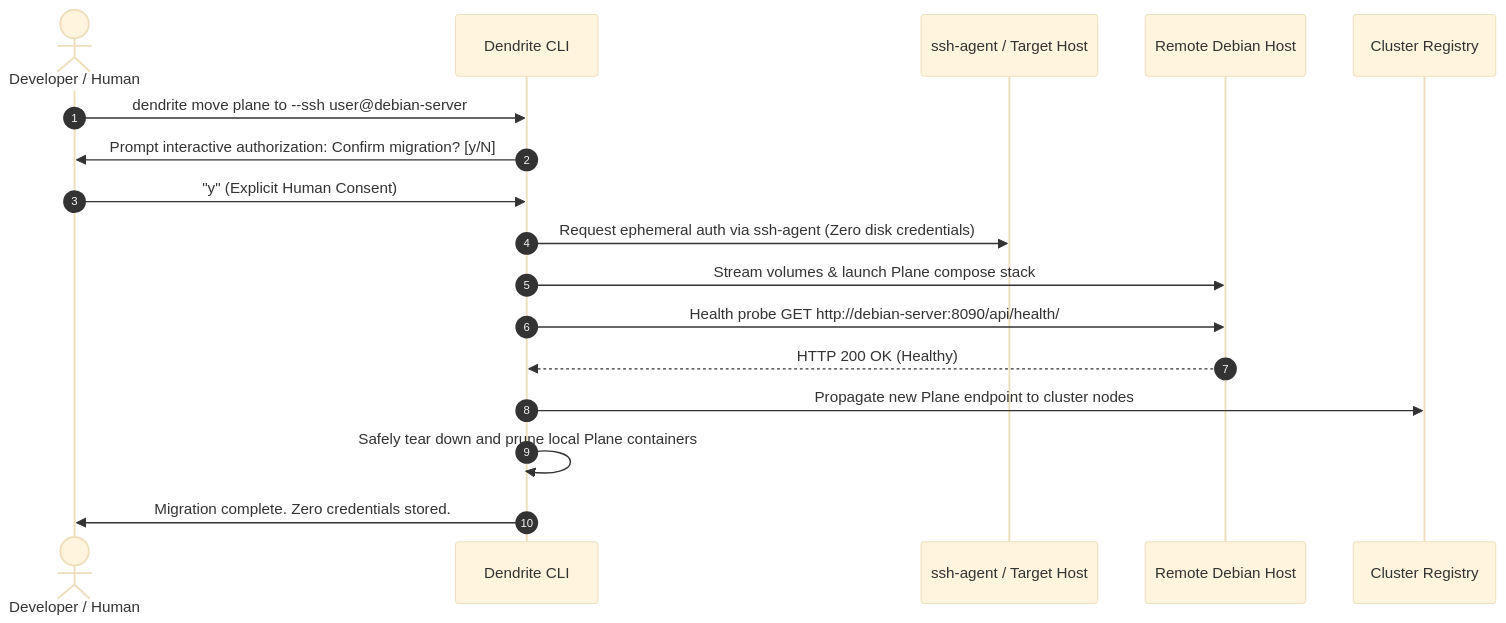
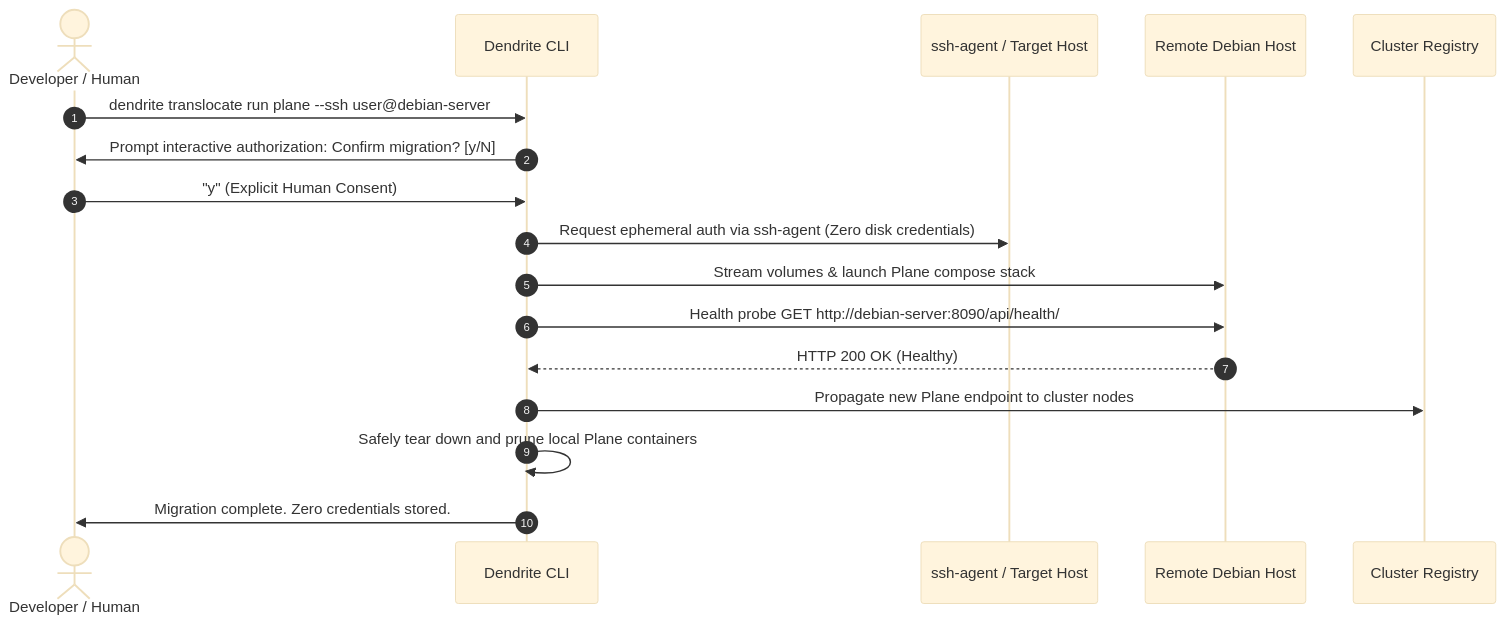
One commit to yasuomaidana/dendrite changed the diagram in docs/features/FEAT-047-infrastructure-orchestration-ssh-penpot.md. Above: the diagram before and after it, drawn with Mermaid (base theme). The commit also changed other lines of this file and 61 other files, not shown here.

````diff
--- a/docs/features/FEAT-047-infrastructure-orchestration-ssh-penpot.md
+++ b/docs/features/FEAT-047-infrastructure-orchestration-ssh-penpot.md
@@ -13,20 +13,20 @@
 ```mermaid
 sequenceDiagram
     autonumber
     actor Dev as Developer / Human
     participant CLI as Dendrite CLI
     participant SSH as ssh-agent / Target Host
     participant Remote as Remote Debian Host
     participant Mesh as Cluster Registry
 
-    Dev->>CLI: dendrite move plane to --ssh user@debian-server
+    Dev->>CLI: dendrite translocate run plane --ssh user@debian-server
     CLI->>Dev: Prompt interactive authorization: Confirm migration? [y/N]
     Dev->>CLI: "y" (Explicit Human Consent)
     CLI->>SSH: Request ephemeral auth via ssh-agent (Zero disk credentials)
     CLI->>Remote: Stream volumes & launch Plane compose stack
     CLI->>Remote: Health probe GET http://debian-server:8090/api/health/
     Remote-->>CLI: HTTP 200 OK (Healthy)
     CLI->>Mesh: Propagate new Plane endpoint to cluster nodes
     CLI->>CLI: Safely tear down and prune local Plane containers
     CLI->>Dev: Migration complete. Zero credentials stored.
 ```
````
